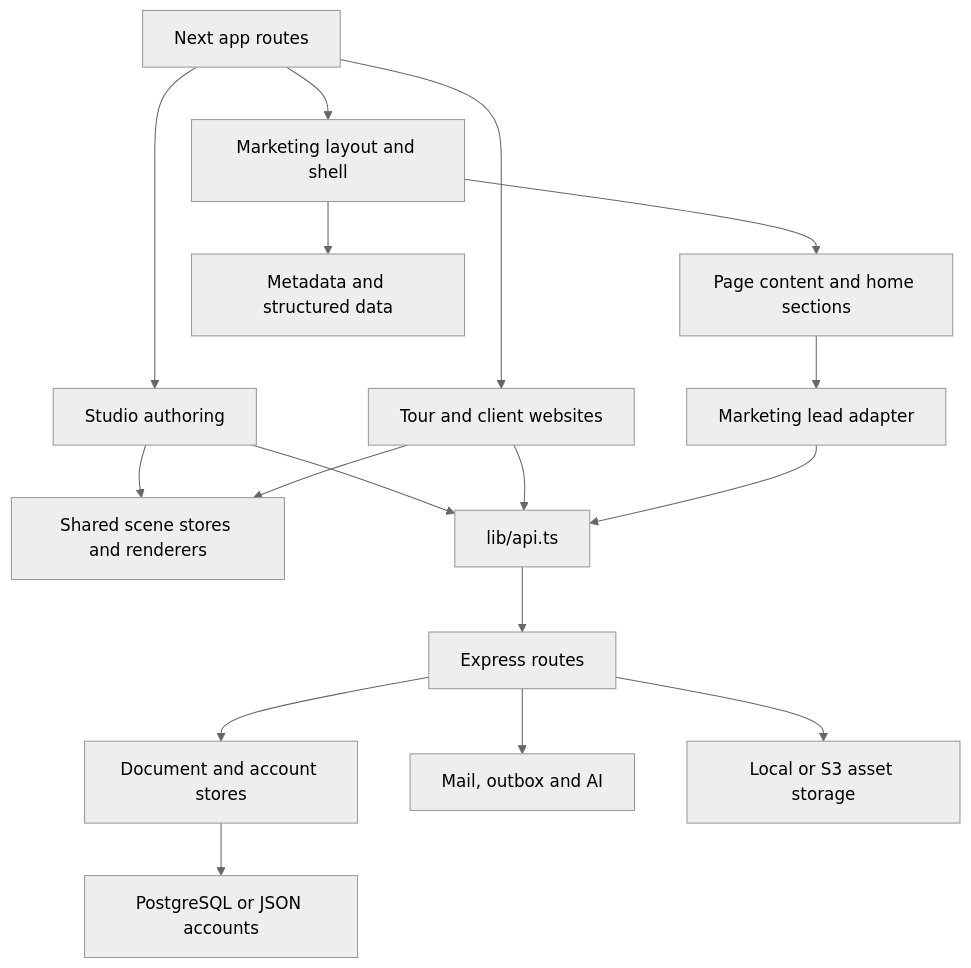
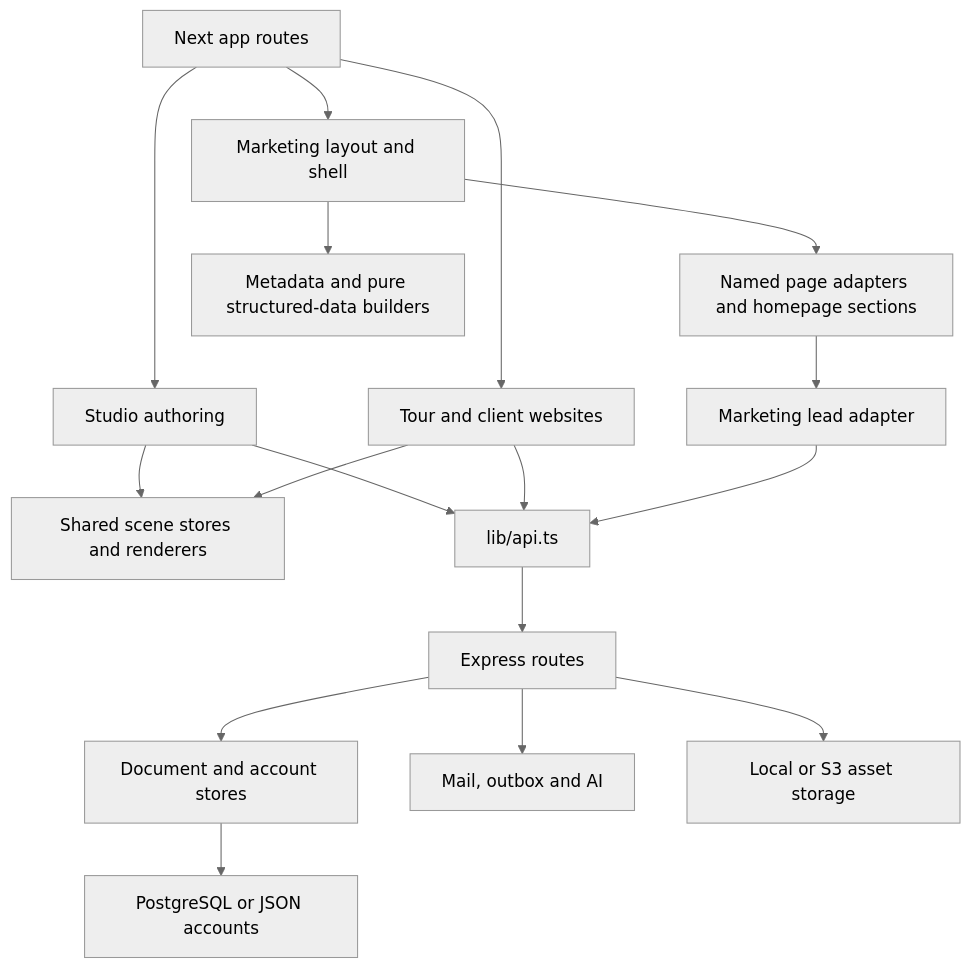
One commit to RCAAS-studio/RCAAS changed the diagram in docs/ARCHITECTURE.md. Above: the diagram before and after it, drawn with Mermaid (neutral theme). The commit also changed other lines of this file and 90 other files, not shown here.

````diff
--- a/docs/ARCHITECTURE.md
+++ b/docs/ARCHITECTURE.md
@@ -7,19 +7,19 @@
 ```mermaid
 flowchart TD
   Routes[Next app routes] --> Marketing[Marketing layout and shell]
-  Marketing --> Sections[Page content and home sections]
-  Marketing --> Metadata[Metadata and structured data]
+  Marketing --> Entries[Named page adapters and homepage sections]
+  Marketing --> Metadata[Metadata and pure structured-data builders]
   Routes --> Studio[Studio authoring]
   Routes --> Viewer[Tour and client websites]
   Studio --> Scene[Shared scene stores and renderers]
   Viewer --> Scene
   Studio --> ClientAPI[lib/api.ts]
   Viewer --> ClientAPI
-  Sections --> Leads[Marketing lead adapter]
+  Entries --> Leads[Marketing lead adapter]
   Leads --> ClientAPI
   ClientAPI --> Express[Express routes]
   Express --> Stores[Document and account stores]
   Express --> Integrations[Mail, outbox and AI]
   Express --> Assets[Local or S3 asset storage]
   Stores --> Accounts[PostgreSQL or JSON accounts]
 ```
````
